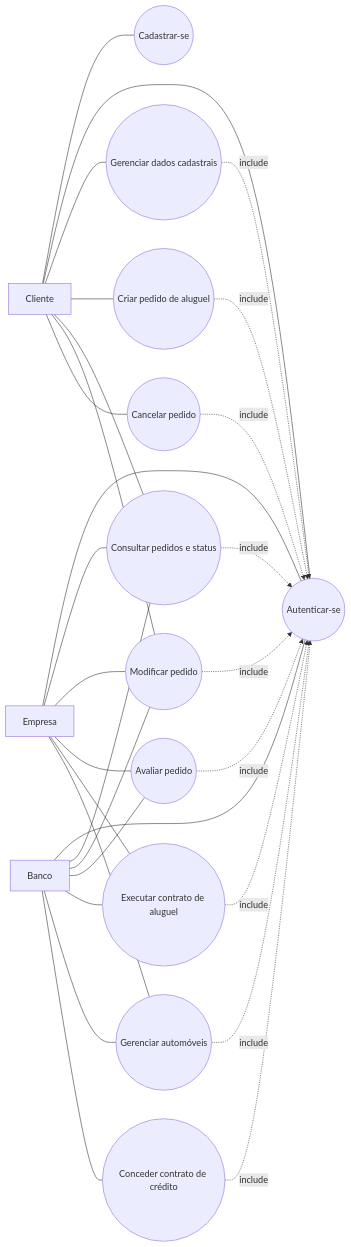
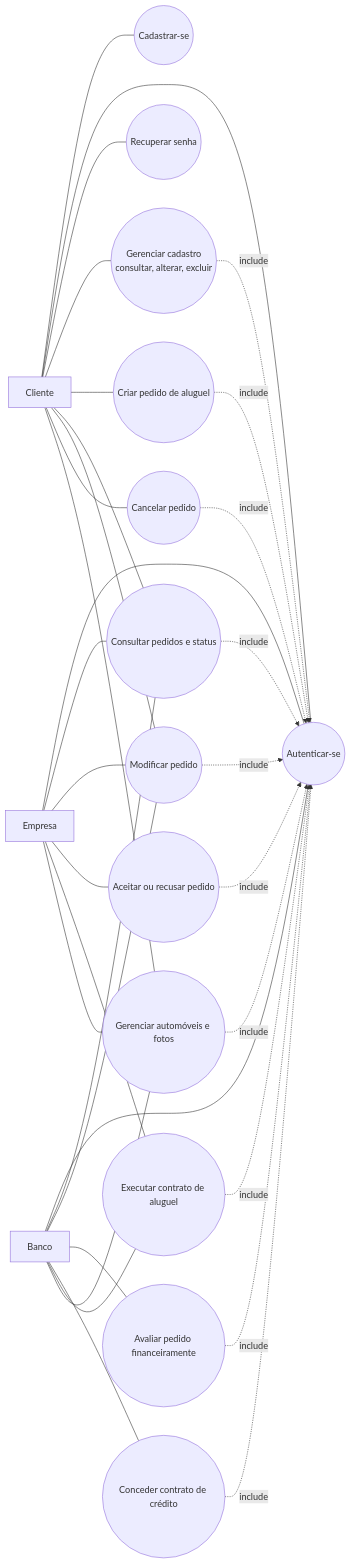
Before and after one commit to gpresot/Sistema-de-Aluguel-de-Carros: the first of 4 diagrams in docs/modelagem.md, drawn with Mermaid. The commit also changed other lines of this file and 26 other files, not shown here.

````diff
--- a/docs/modelagem.md
+++ b/docs/modelagem.md
@@ -5,51 +7,56 @@
 ```mermaid
 flowchart LR
     Cliente[Cliente]
     Empresa[Empresa]
     Banco[Banco]
 
     UC1((Cadastrar-se))
     UC2((Autenticar-se))
-    UC3((Gerenciar dados cadastrais))
-    UC4((Criar pedido de aluguel))
-    UC5((Consultar pedidos e status))
-    UC6((Modificar pedido))
-    UC7((Cancelar pedido))
-    UC8((Avaliar pedido))
-    UC9((Executar contrato de aluguel))
-    UC10((Gerenciar automóveis))
+    UC3((Recuperar senha))
+    UC4((Gerenciar cadastro<br/>consultar, alterar, excluir))
+    UC5((Criar pedido de aluguel))
+    UC6((Consultar pedidos e status))
+    UC7((Modificar pedido))
+    UC8((Cancelar pedido))
+    UC9((Aceitar ou recusar pedido))
+    UC10((Avaliar pedido financeiramente))
     UC11((Conceder contrato de crédito))
+    UC12((Executar contrato de aluguel))
+    UC13((Gerenciar automóveis e fotos))
 
     Cliente --- UC1
     Cliente --- UC2
     Cliente --- UC3
     Cliente --- UC4
     Cliente --- UC5
     Cliente --- UC6
     Cliente --- UC7
+    Cliente --- UC8
+    Cliente --- UC13
 
     Empresa --- UC2
-    Empresa --- UC5
     Empresa --- UC6
-    Empresa --- UC8
+    Empresa --- UC7
     Empresa --- UC9
-    Empresa --- UC10
+    Empresa --- UC12
+    Empresa --- UC13
 
     Banco --- UC2
-    Banco --- UC5
     Banco --- UC6
-    Banco --- UC8
-    Banco --- UC9
+    Banco --- UC7
     Banco --- UC10
     Banco --- UC11
+    Banco --- UC12
+    Banco --- UC13
 
-    UC3 -.->|include| UC2
     UC4 -.->|include| UC2
     UC5 -.->|include| UC2
     UC6 -.->|include| UC2
     UC7 -.->|include| UC2
     UC8 -.->|include| UC2
     UC9 -.->|include| UC2
     UC10 -.->|include| UC2
     UC11 -.->|include| UC2
+    UC12 -.->|include| UC2
+    UC13 -.->|include| UC2
 ```
````
